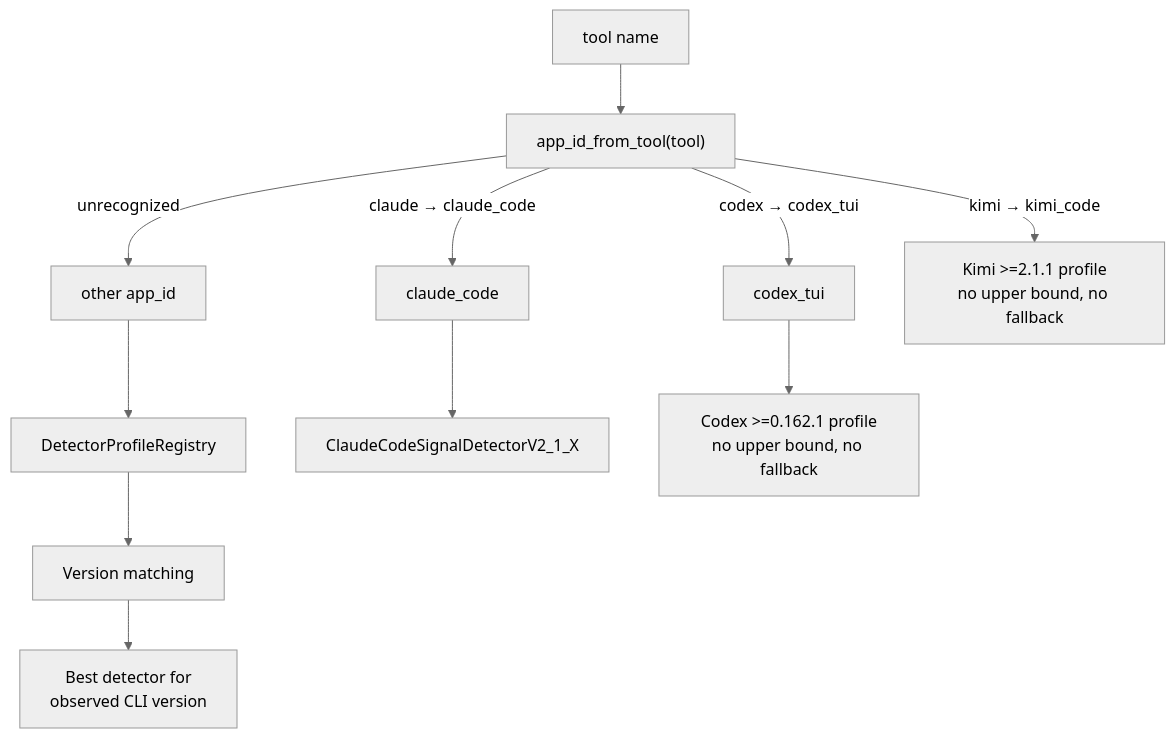
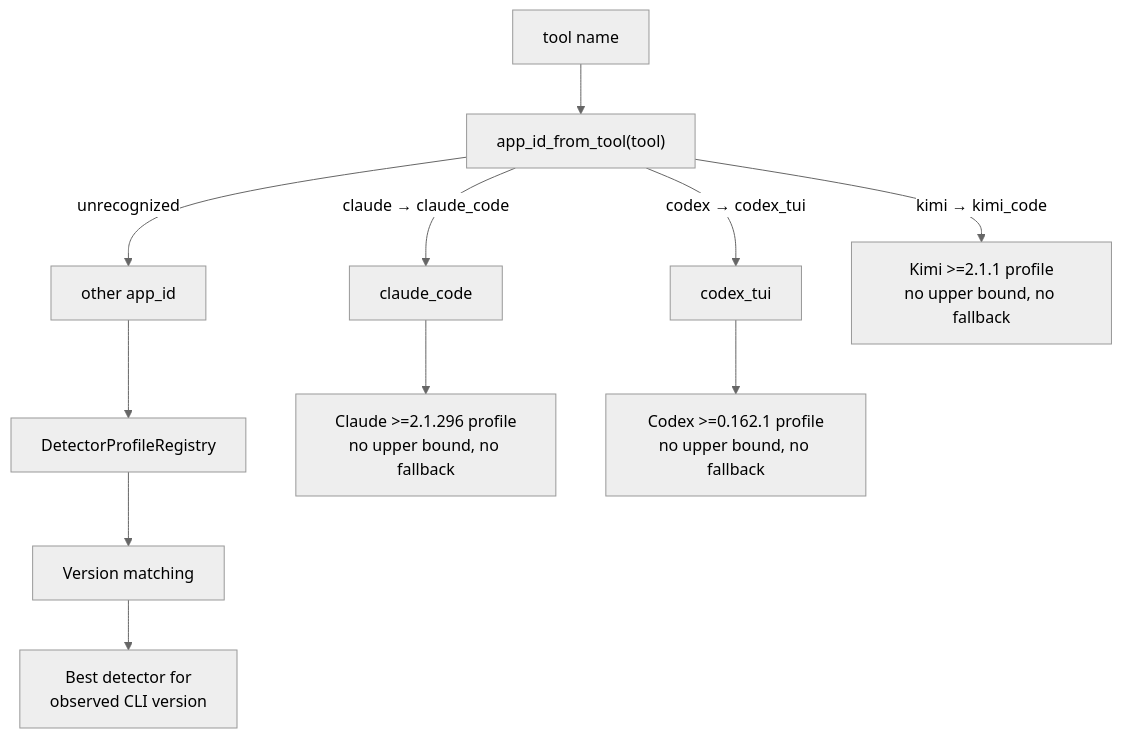
The diagram in docs/reference/tui-tracking/detectors.md (igamenovoer/houmao), drawn with Mermaid (neutral theme) before and after one commit. The commit also changed other lines of this file and 57 other files, not shown here.

````diff
--- a/docs/reference/tui-tracking/detectors.md
+++ b/docs/reference/tui-tracking/detectors.md
@@ -7,20 +7,20 @@
 ```mermaid
 flowchart TD
     TOOL["tool name"]
     AID["app_id_from_tool(tool)"]
     CC["claude_code"]
     CX["codex_tui"]
     OT["other app_id"]
     DPR["DetectorProfileRegistry"]
     VM["Version matching"]
-    CCD["ClaudeCodeSignalDetectorV2_1_X"]
+    CCD["Claude >=2.1.296 profile<br/>no upper bound, no fallback"]
     CXD["Codex >=0.162.1 profile<br/>no upper bound, no fallback"]
     KMD["Kimi >=2.1.1 profile<br/>no upper bound, no fallback"]
     BEST["Best detector for<br/>observed CLI version"]
 
     TOOL --> AID
     AID -->|"claude → claude_code"| CC --> CCD
     AID -->|"codex → codex_tui"| CX --> CXD
     AID -->|"kimi → kimi_code"| KMD
     AID -->|"unrecognized"| OT --> DPR --> VM --> BEST
 ```
````
